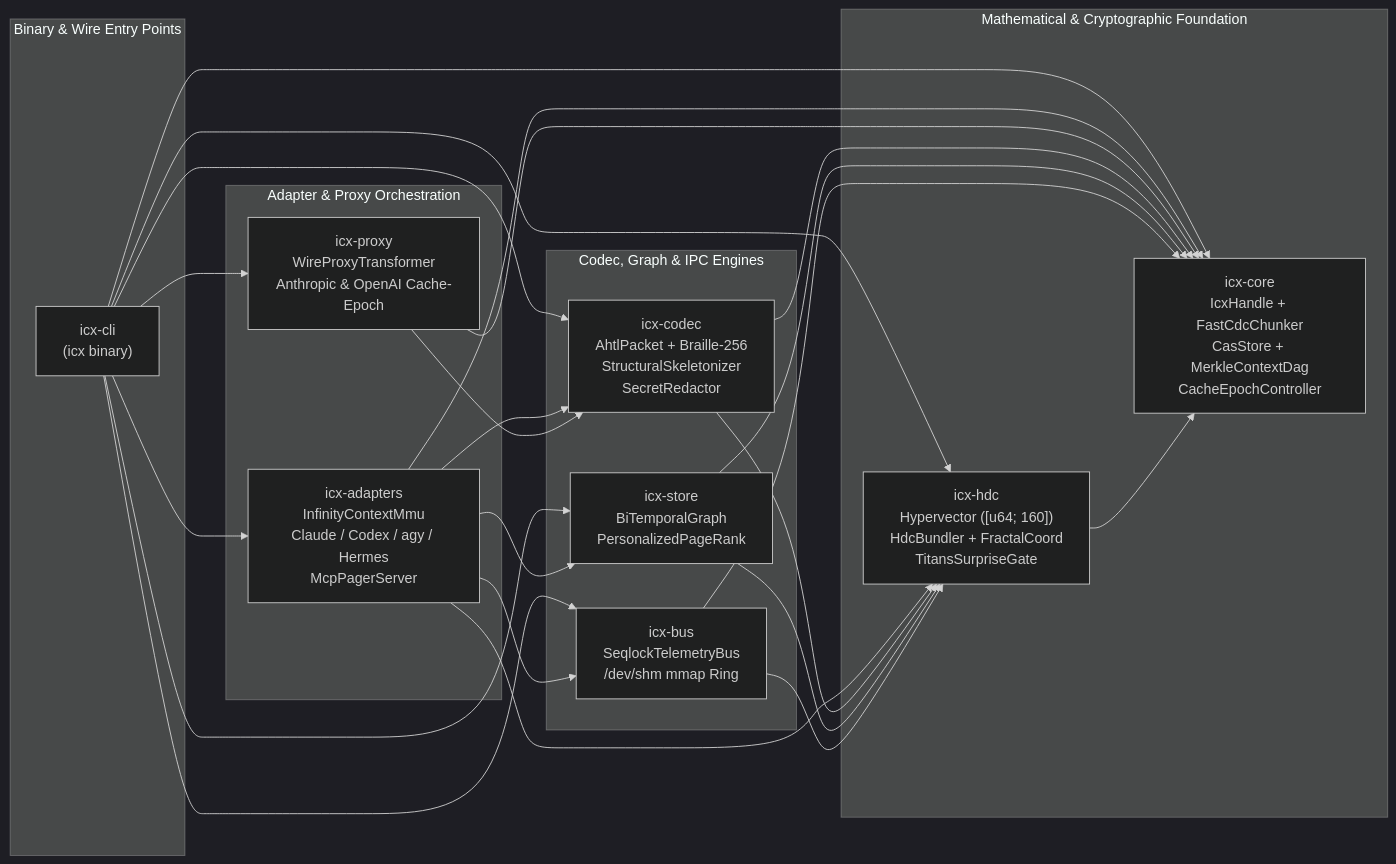
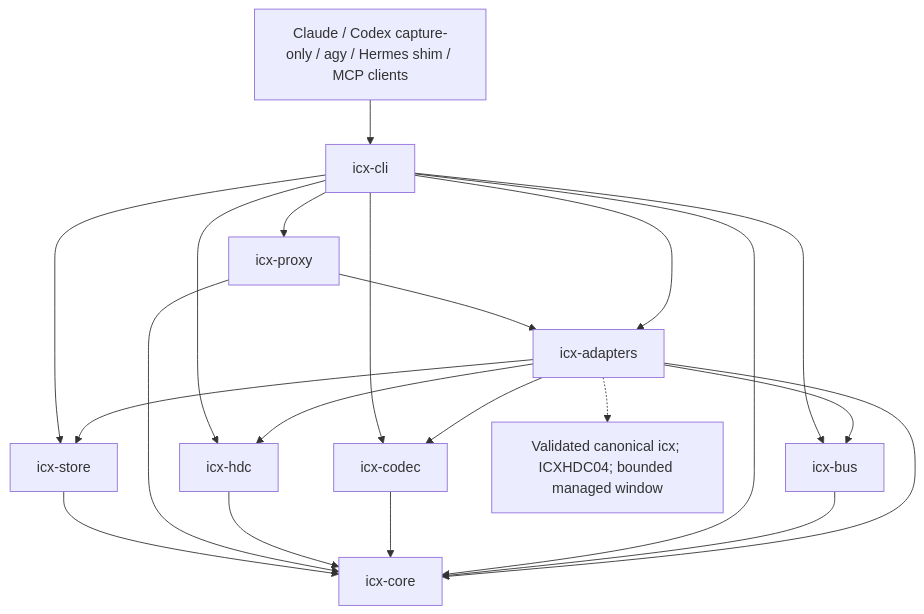
Before and after one commit to doublegate/Infinity-Context: the diagram in docs/diagrams/crate-and-agent-relationships.mmd, drawn with Mermaid. The commit also changed 594 other files, not shown here.

First line of the commit message:
feat: v1.2.0 — remediation of the Codex audit of v1.1.0 (ICX-CODEX-001..102) (#22)

```diff
--- a/docs/diagrams/crate-and-agent-relationships.mmd
+++ b/docs/diagrams/crate-and-agent-relationships.mmd
@@ -1,29 +1,30 @@
-%%{init: {"theme": "dark", "flowchart": {"curve": "basis"}}}%%
-flowchart LR
-  subgraph CLI_LAYER["Binary & Wire Entry Points"]
-    CLI["icx-cli<br/>(icx binary)"]
-  end
-
-  subgraph ORCH_LAYER["Adapter & Proxy Orchestration"]
-    ADAPT["icx-adapters<br/>InfinityContextMmu<br/>Claude / Codex / agy / Hermes<br/>McpPagerServer"]
-    PROXY["icx-proxy<br/>WireProxyTransformer<br/>Anthropic &amp; OpenAI Cache-Epoch"]
-  end
-
-  subgraph ENGINE_LAYER["Codec, Graph & IPC Engines"]
-    CODEC["icx-codec<br/>AhtlPacket + Braille-256<br/>StructuralSkeletonizer<br/>SecretRedactor"]
-    STORE["icx-store<br/>BiTemporalGraph<br/>PersonalizedPageRank"]
-    BUS["icx-bus<br/>SeqlockTelemetryBus<br/>/dev/shm mmap Ring"]
-  end
-
-  subgraph CORE_LAYER["Mathematical & Cryptographic Foundation"]
-    HDC["icx-hdc<br/>Hypervector ([u64; 160])<br/>HdcBundler + FractalCoord<br/>TitansSurpriseGate"]
-    CORE["icx-core<br/>IcxHandle + FastCdcChunker<br/>CasStore + MerkleContextDag<br/>CacheEpochController"]
-  end
-
-  CLI --> ADAPT & PROXY & CODEC & STORE & BUS & HDC & CORE
-  ADAPT --> CODEC & STORE & BUS & HDC & CORE
-  PROXY --> CODEC & CORE
-  CODEC --> HDC & CORE
-  STORE --> HDC & CORE
-  BUS --> HDC & CORE
-  HDC --> CORE
+%% v1.2.0 candidate; arrows point from dependent to runtime dependency.
+flowchart TD
+  icx_adapters["icx-adapters"]
+  icx_bus["icx-bus"]
+  icx_cli["icx-cli"]
+  icx_codec["icx-codec"]
+  icx_core["icx-core"]
+  icx_hdc["icx-hdc"]
+  icx_proxy["icx-proxy"]
+  icx_store["icx-store"]
+  icx_adapters --> icx_bus
+  icx_adapters --> icx_codec
+  icx_adapters --> icx_core
+  icx_adapters --> icx_hdc
+  icx_adapters --> icx_store
+  icx_bus --> icx_core
+  icx_cli --> icx_adapters
+  icx_cli --> icx_bus
+  icx_cli --> icx_codec
+  icx_cli --> icx_core
+  icx_cli --> icx_hdc
+  icx_cli --> icx_proxy
+  icx_cli --> icx_store
+  icx_codec --> icx_core
+  icx_hdc --> icx_core
+  icx_proxy --> icx_adapters
+  icx_proxy --> icx_core
+  icx_store --> icx_core
+  Agents["Claude / Codex capture-only / agy / Hermes shim / MCP clients"] --> icx_cli
+  icx_adapters -.-> Contracts["Validated canonical icx; ICXHDC04; bounded managed window"]
```
